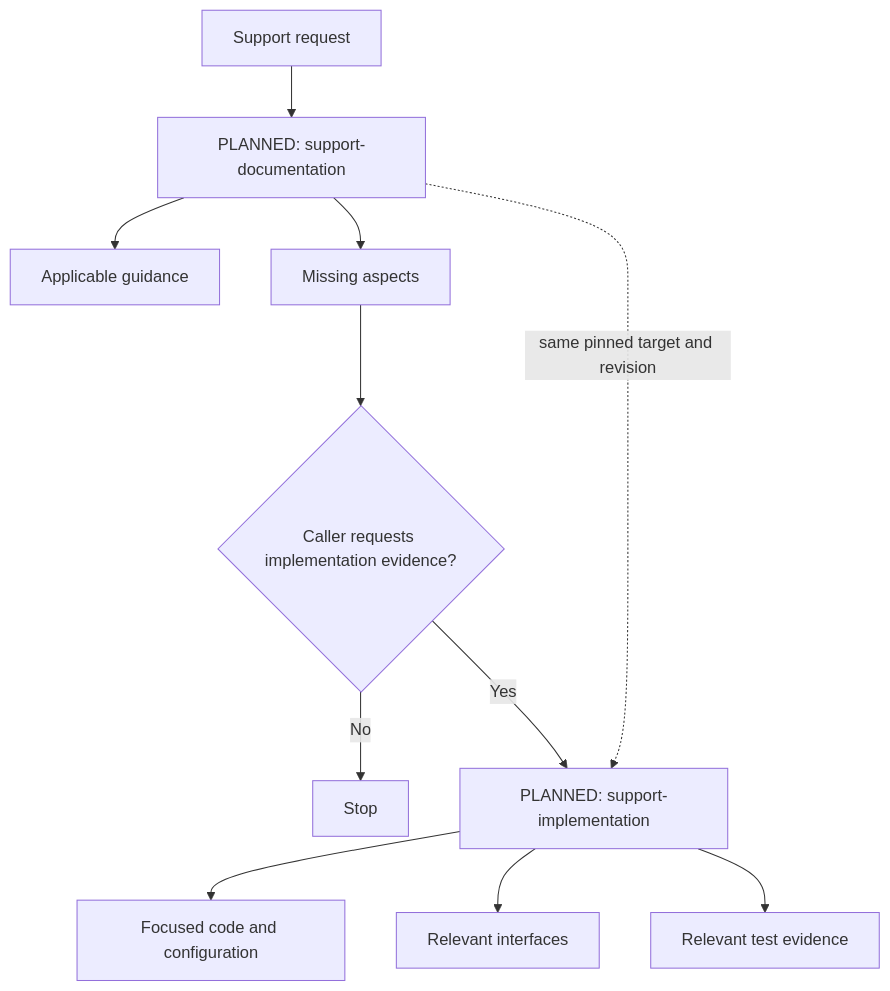
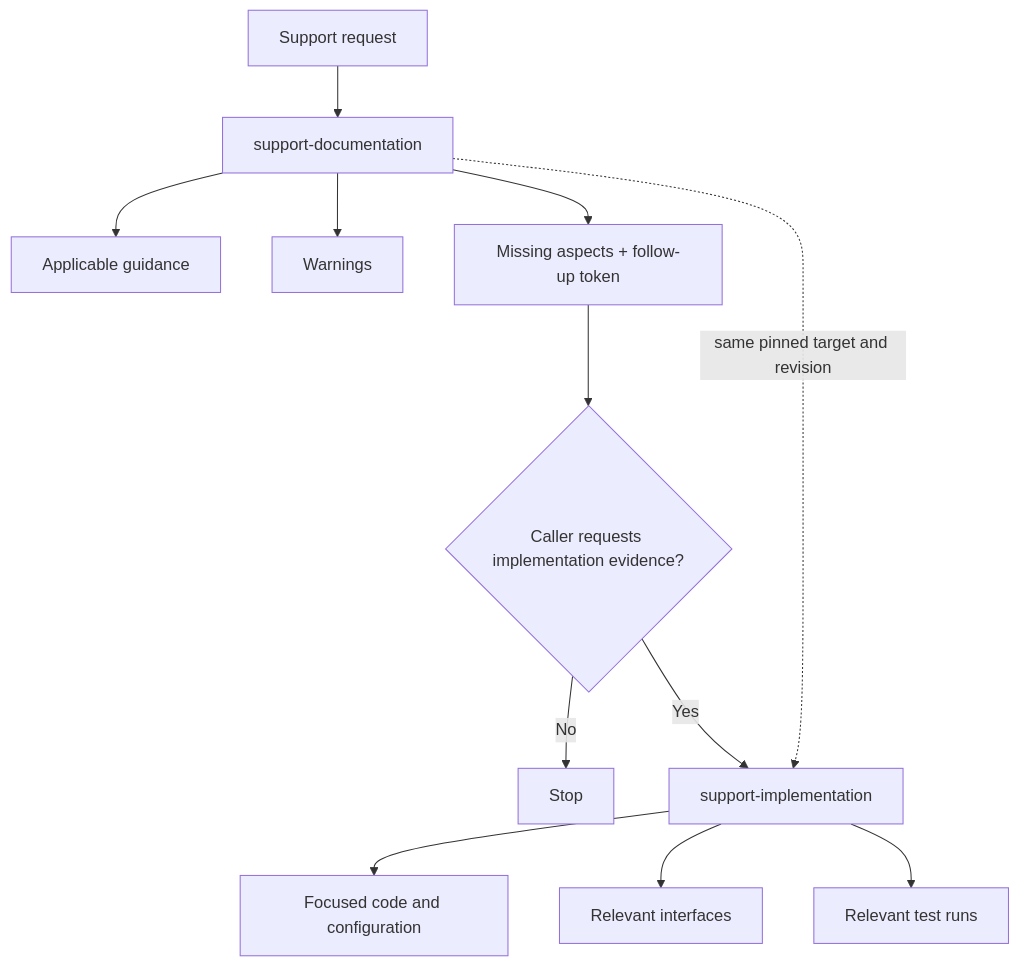
Before and after one commit to Stell0/c1: the sixth of 8 diagrams in README.md, drawn with Mermaid. The commit also changed other lines of this file and 1 other file, not shown here.

````diff
--- a/README.md
+++ b/README.md
@@ -727,17 +692,18 @@
 ```mermaid
 flowchart TD
-    Q[Support request] --> D[PLANNED: support-documentation]
+    Q[Support request] --> D[support-documentation]
     D --> G[Applicable guidance]
-    D --> M[Missing aspects]
+    D --> W[Warnings]
+    D --> M[Missing aspects + follow-up token]
 
     M --> C{Caller requests implementation evidence?}
 
     C -->|No| END[Stop]
-    C -->|Yes| I[PLANNED: support-implementation]
+    C -->|Yes| I[support-implementation]
 
     I --> CODE[Focused code and configuration]
     I --> IFACE[Relevant interfaces]
-    I --> TEST[Relevant test evidence]
+    I --> TEST[Relevant test runs]
 
     D -. same pinned target and revision .-> I
 ```
````
